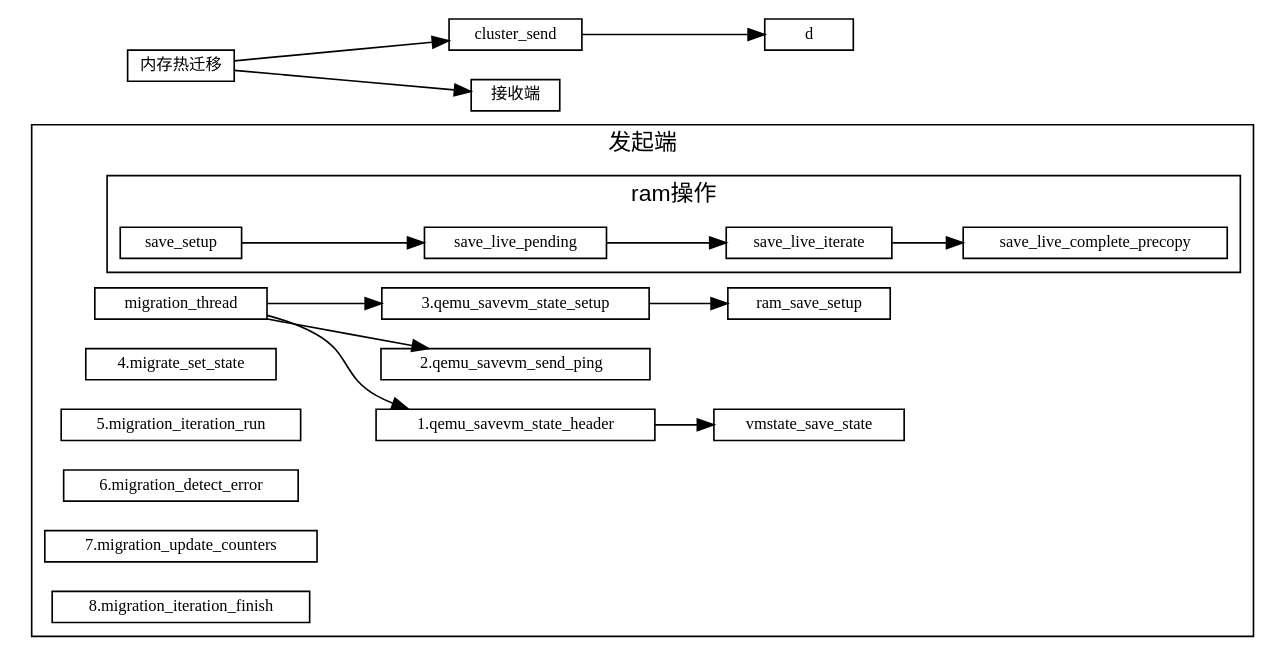
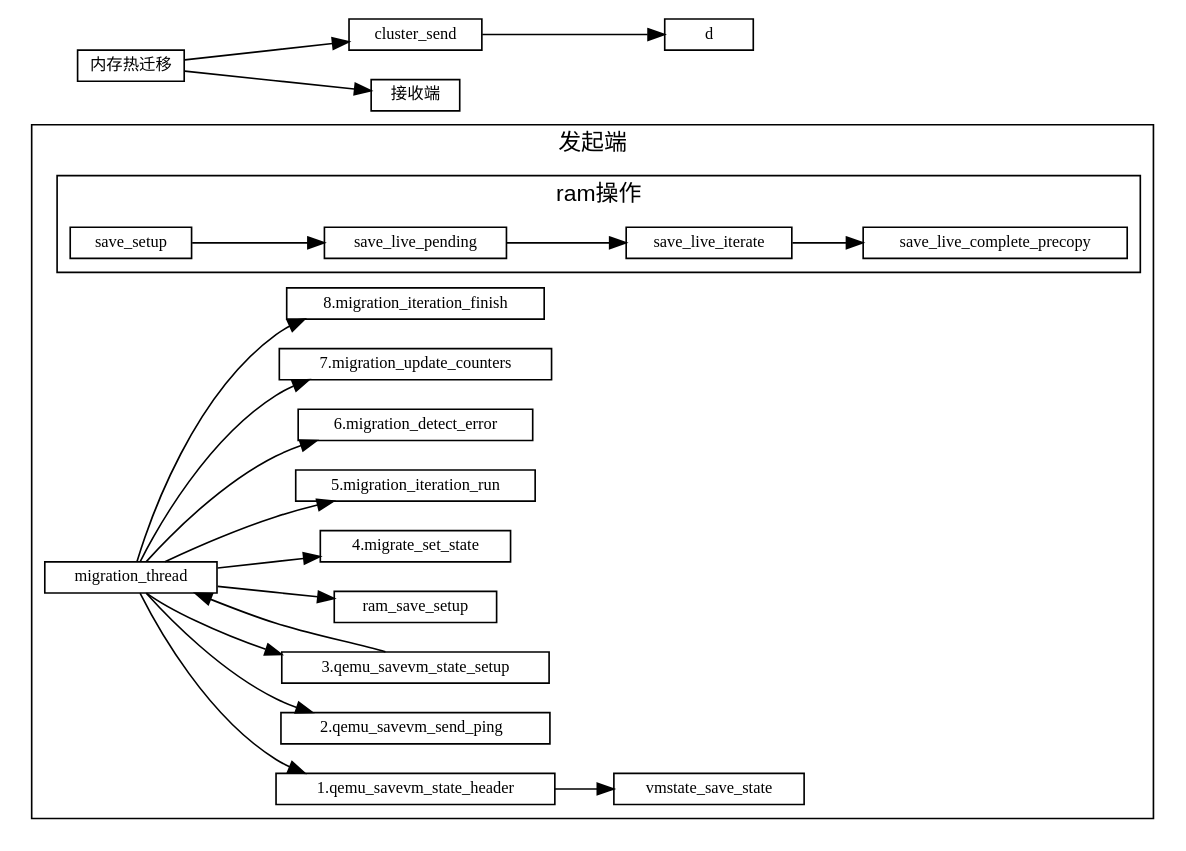
One commit to sisyphus1212/note changed the diagram in 虚拟化/热迁移/1-内存热迁移.md. Above: the diagram before and after it, drawn with Graphviz.

Commit message:
auto_update

````diff
--- a/虚拟化/热迁移/1-内存热迁移.md
+++ b/虚拟化/热迁移/1-内存热迁移.md
@@ -11,39 +11,39 @@
 ```graphviz
 digraph 热迁移 {
 fontname="Helvetica,Arial,sans-serif"
 //node [fontname="Helvetica,Arial,sans-serif"]
 //edge [fontname="Helvetica,Arial,sans-serif"]
 rankdir="LR"
 node [fontsize=10, shape=box, height=0.25]
 edge [fontsize=10]
 
   subgraph send {
     cluster=true;
     label="发起端";
     migration_thread -> "1.qemu_savevm_state_header" -> vmstate_save_state;
     migration_thread -> "2.qemu_savevm_send_ping  ";
     migration_thread -> "3.qemu_savevm_state_setup" ->
-                        ram_save_setup;
-                        "4.migrate_set_state";
-                        "5.migration_iteration_run";
-                        "6.migration_detect_error";
-                        "7.migration_update_counters";
-                        "8.migration_iteration_finish";
+    migration_thread ->  ram_save_setup;
+    migration_thread ->  "4.migrate_set_state";
+    migration_thread ->  "5.migration_iteration_run";
+    migration_thread ->  "6.migration_detect_error";
+    migration_thread ->  "7.migration_update_counters";
+    migration_thread ->  "8.migration_iteration_finish";
 
     subgraph ram_opts {
       cluster=true;
       label="ram操作";
       save_setup ->
       save_live_pending ->
       save_live_iterate ->
       save_live_complete_precopy;
     }
   }
 
 内存热迁移 [label="内存热迁移"]
 内存热迁移 -> cluster_send
            -> d
 
 内存热迁移 -> 接收端
 }
 ```
````
